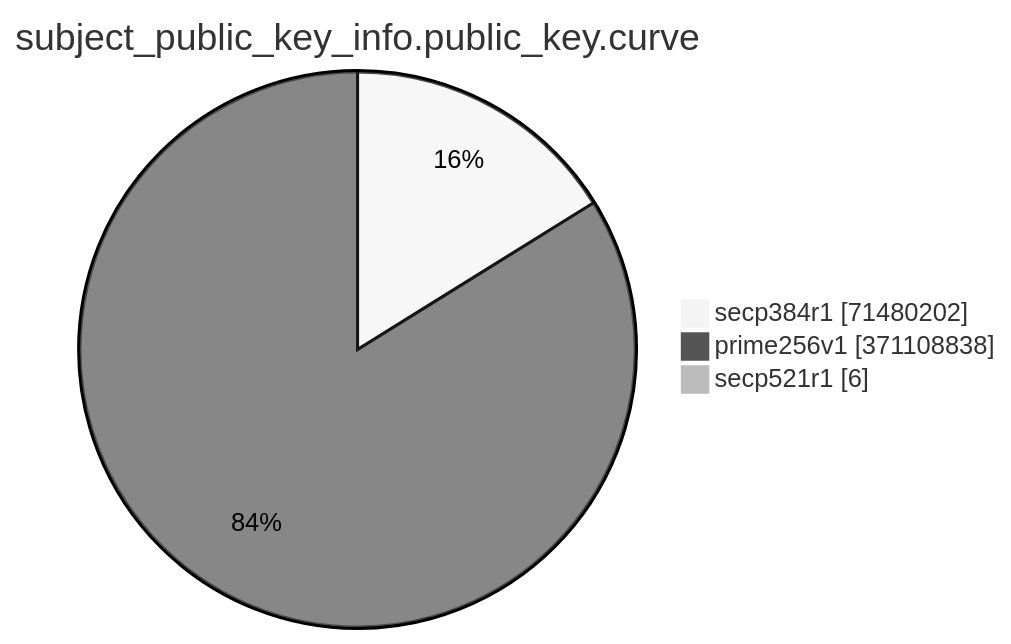
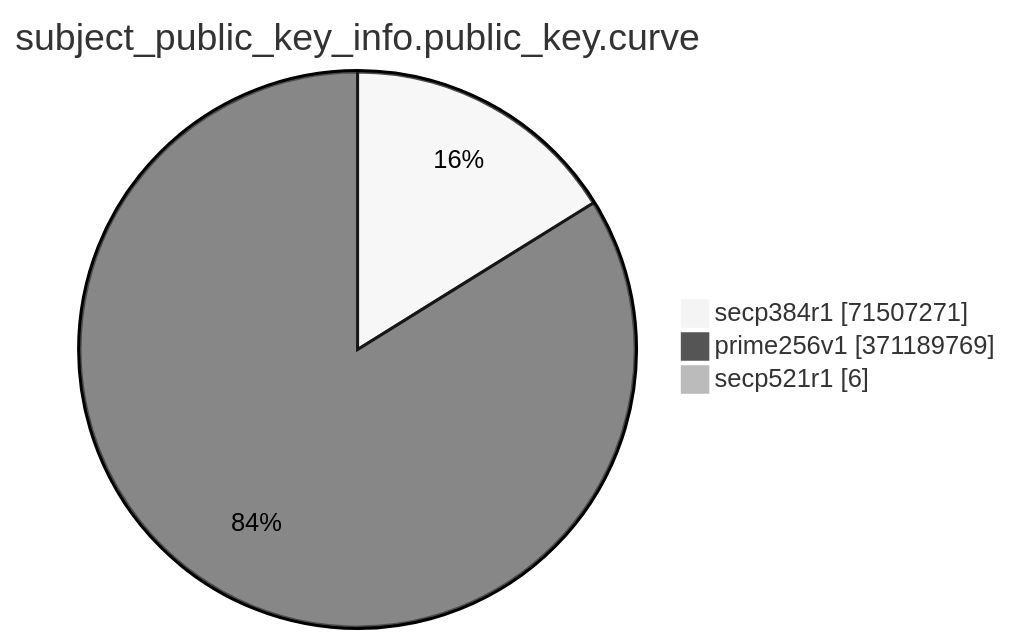
Before and after one commit to christiankrug/ctmonitor_visualization: the eighth of 15 diagrams in TOTAL/README.md, drawn with Mermaid (neutral theme). The commit also changed other lines of this file, not shown here.

````diff
--- a/TOTAL/README.md
+++ b/TOTAL/README.md
@@ -3094,7 +3094,7 @@
 ```mermaid
 pie showData
 title subject_public_key_info.public_key.curve
-"secp384r1" :71480202
-"prime256v1" :371108838
+"secp384r1" :71507271
+"prime256v1" :371189769
 "secp521r1" :6
 ```
````
